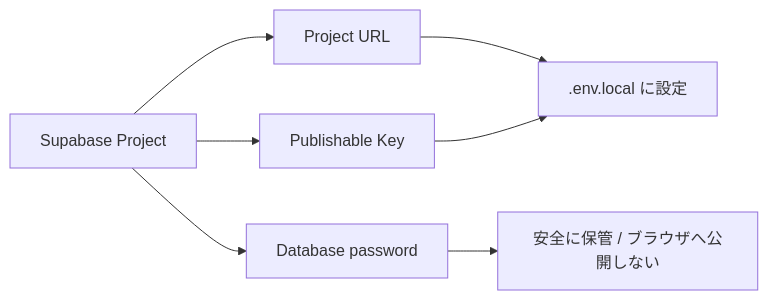
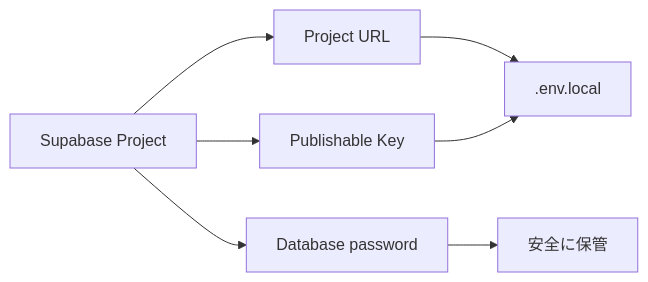
One commit to k-systems202208/nextjs-supabase-vercel-webapp-template changed the second of 6 diagrams in docs/SUPABASE-SETUP.md. Above: the diagram before and after it, drawn with Mermaid. The commit also changed other lines of this file and 15 other files, not shown here.

````diff
--- a/docs/SUPABASE-SETUP.md
+++ b/docs/SUPABASE-SETUP.md
@@ -56,9 +49,9 @@
 ```mermaid
 flowchart LR
     P["Supabase Project"] --> URL["Project URL"]
     P --> KEY["Publishable Key"]
     P --> PW["Database password"]
-    URL --> ENV[".env.local に設定"]
+    URL --> ENV[".env.local"]
     KEY --> ENV
-    PW --> SAFE["安全に保管 / ブラウザへ公開しない"]
+    PW --> SAFE["安全に保管"]
 ```
````
